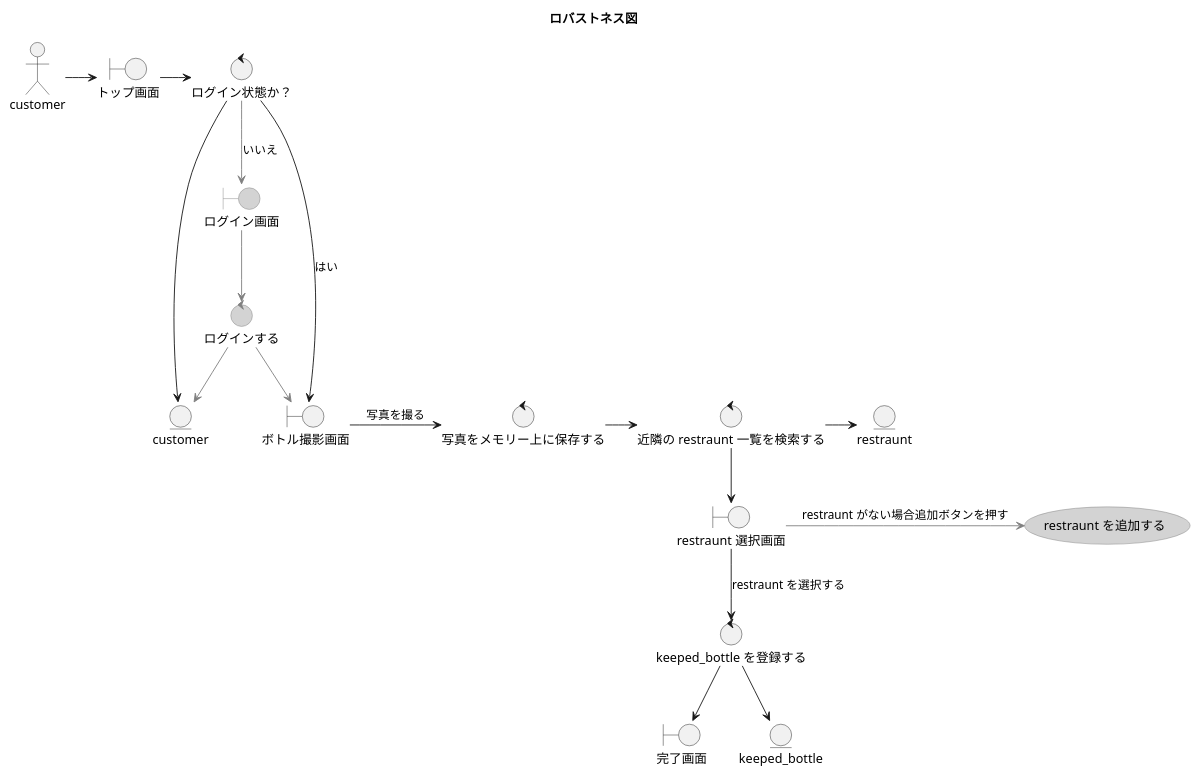
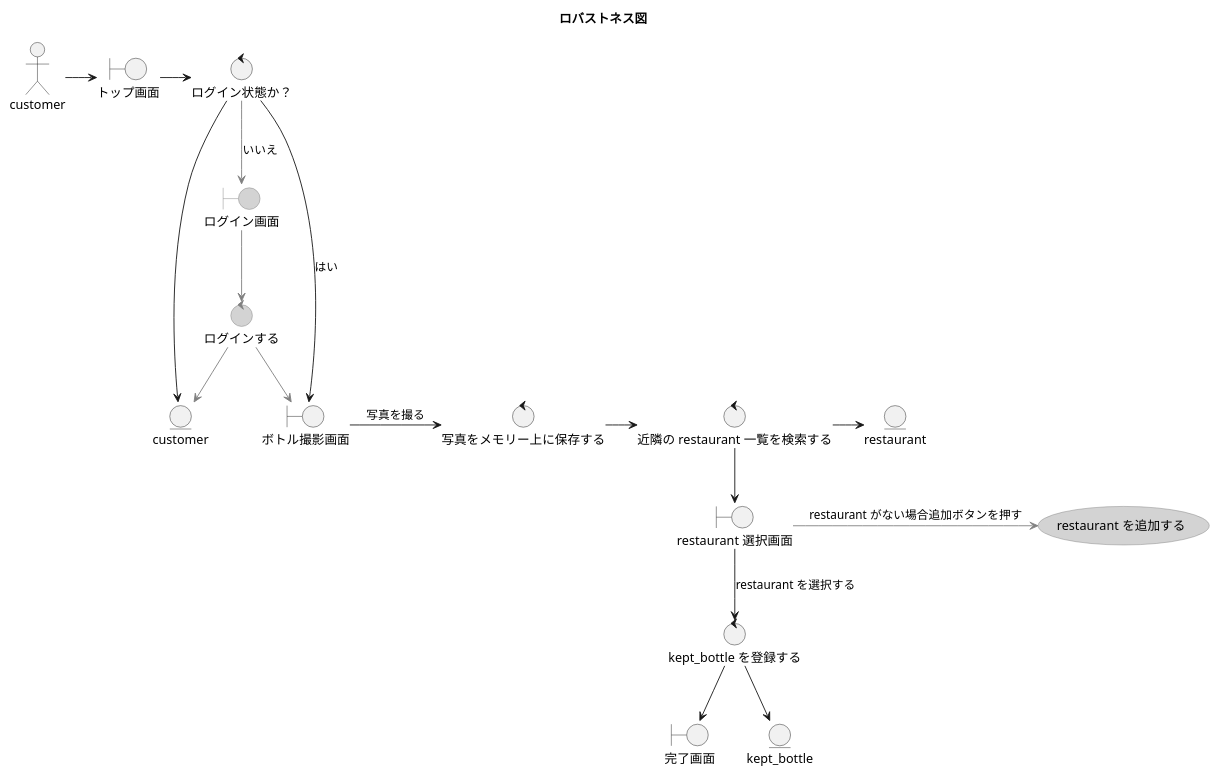
One commit to tomoeine/blog changed the diagram in doc/bottle-keeper/robustness-diagram_keep-bottle.pu. Above: the diagram before and after it, drawn with PlantUML. The commit also changed 2 other files, not shown here.

```diff
--- a/doc/bottle-keeper/robustness-diagram_keep-bottle.pu
+++ b/doc/bottle-keeper/robustness-diagram_keep-bottle.pu
@@ -1,49 +1,49 @@
 @startuml
 
 title ロバストネス図
 
 
 skinparam usecase {
   BackgroundColor<< Step3 >> LightGrey
 }
 
 
 actor customer as customer_actor
 boundary トップ画面 as top_page
 boundary ログイン画面 as login_page #lightgray;line:gray
 boundary ボトル撮影画面 as take_photo_page
-boundary "restraunt 選択画面" as restraunt_selection_page
+boundary "restaurant 選択画面" as restaurant_selection_page
 boundary 完了画面 as complete_page
 control ログインする as login #lightgray;line:gray
 control "ログイン状態か？" as check_login
 control 写真をメモリー上に保存する as save_photo
-control "近隣の restraunt 一覧を検索する" as search_restraunt
-control "keeped_bottle を登録する" as save_keeped_bottle
+control "近隣の restaurant 一覧を検索する" as search_restaurant
+control "kept_bottle を登録する" as save_kept_bottle
 entity customer
-entity restraunt
-entity keeped_bottle
-usecase (restraunt を追加する) as add_restraunt #lightgray;line:gray
+entity restaurant
+entity kept_bottle
+usecase (restaurant を追加する) as add_restaurant #lightgray;line:gray
 
 ' 基本コース
 customer_actor -right-> top_page
 top_page -right-> check_login
 check_login -right-> customer
 check_login -right-> take_photo_page : はい 
 take_photo_page -right-> save_photo : 写真を撮る
-save_photo -right-> search_restraunt
-search_restraunt -right-> restraunt
-search_restraunt --> restraunt_selection_page
-restraunt_selection_page --> save_keeped_bottle : "restraunt を選択する" 
-save_keeped_bottle --> keeped_bottle
-save_keeped_bottle --> complete_page
+save_photo -right-> search_restaurant
+search_restaurant -right-> restaurant
+search_restaurant --> restaurant_selection_page
+restaurant_selection_page --> save_kept_bottle : "restaurant を選択する" 
+save_kept_bottle --> kept_bottle
+save_kept_bottle --> complete_page
 
 ' 代替コース
 check_login -down-> login_page #line:gray : いいえ
 login_page -down-> login #line:gray
 login --> customer #line:gray
 login --> take_photo_page #line:gray
-restraunt_selection_page -right-> add_restraunt #line:gray : "restraunt がない場合追加ボタンを押す"
+restaurant_selection_page -right-> add_restaurant #line:gray : "restaurant がない場合追加ボタンを押す"
 
 
 
 @enduml
```
